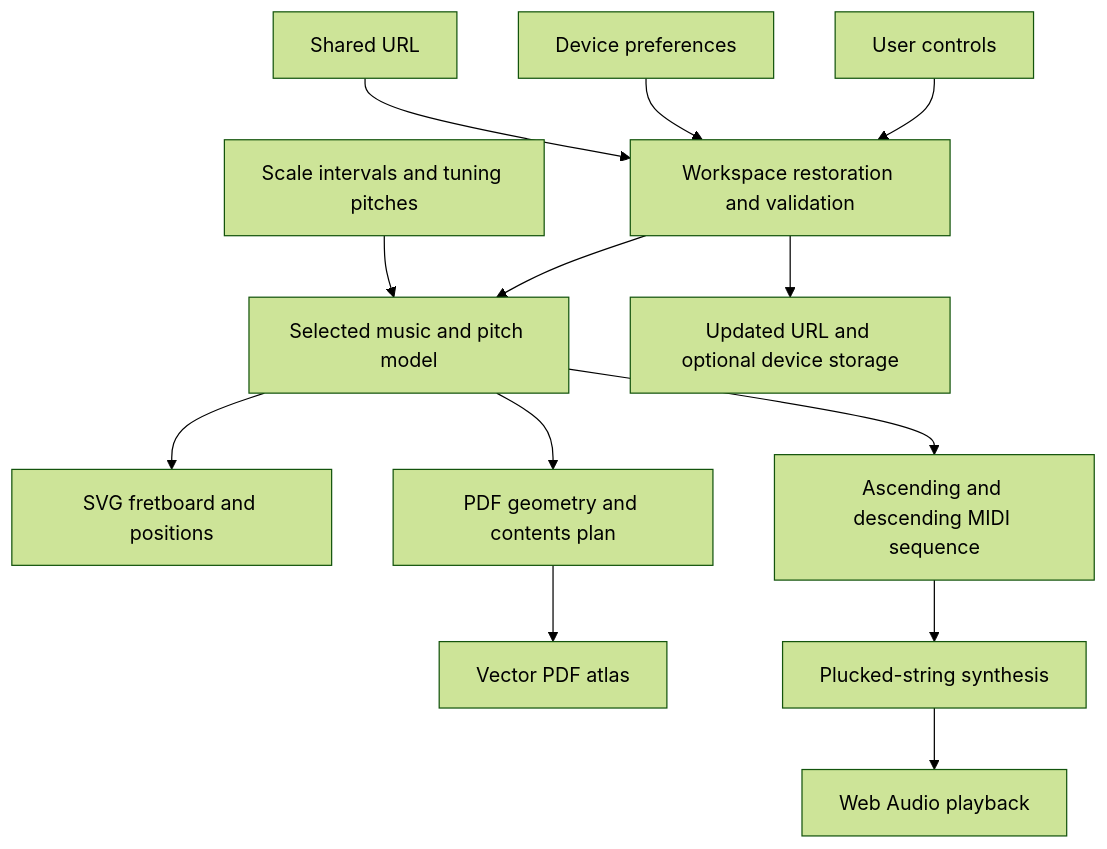
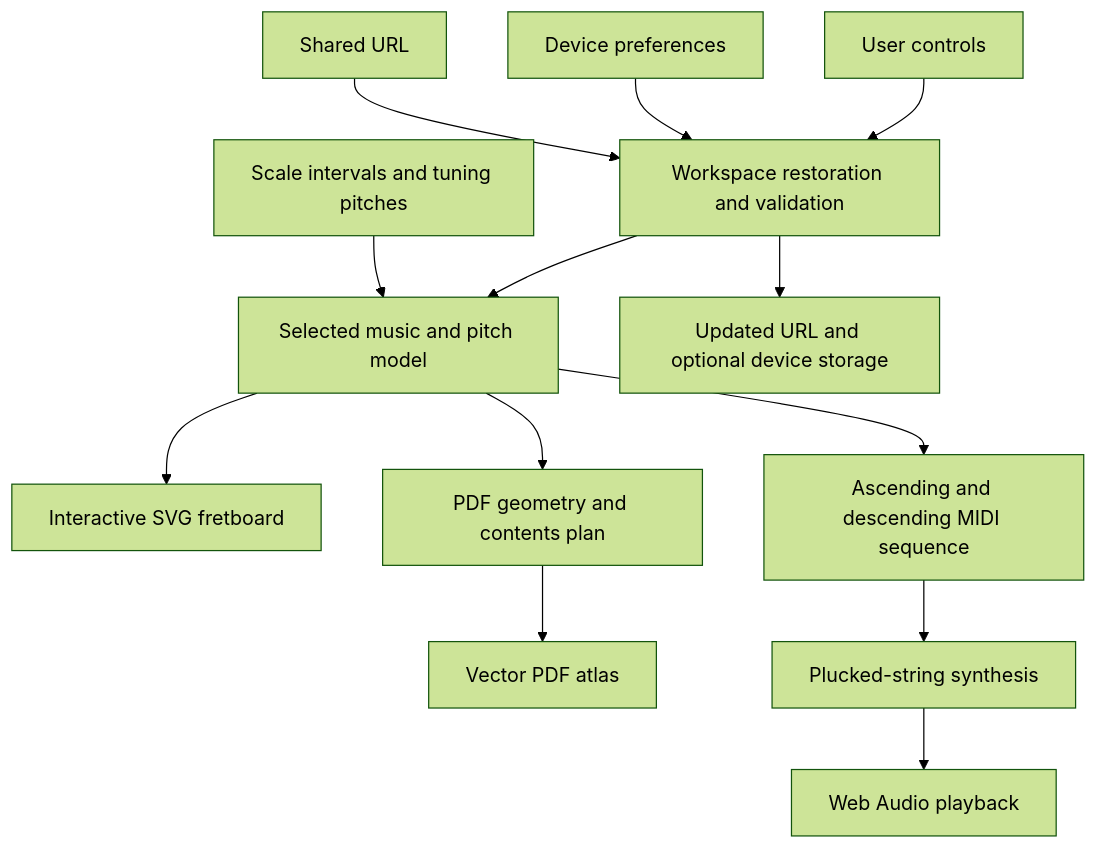
Before and after one commit to lucasmkrx/scales: the diagram in docs/architecture.md, drawn with Mermaid (forest theme). The commit also changed other lines of this file and 30 other files, not shown here.

````diff
--- a/docs/architecture.md
+++ b/docs/architecture.md
@@ -9,15 +9,15 @@
 ```mermaid
 flowchart TD
     URL[Shared URL] --> State[Workspace restoration and validation]
     Device[Device preferences] --> State
     UI[User controls] --> State
     Catalog[Scale intervals and tuning pitches] --> Music[Selected music and pitch model]
     State --> Music
-    Music --> SVG[SVG fretboard and positions]
+    Music --> SVG[Interactive SVG fretboard]
     Music --> Layout[PDF geometry and contents plan]
     Layout --> PDF[Vector PDF atlas]
     Music --> Sequence[Ascending and descending MIDI sequence]
     Sequence --> Synth[Plucked-string synthesis]
     Synth --> Audio[Web Audio playback]
     State --> Saved[Updated URL and optional device storage]
 ```
````
